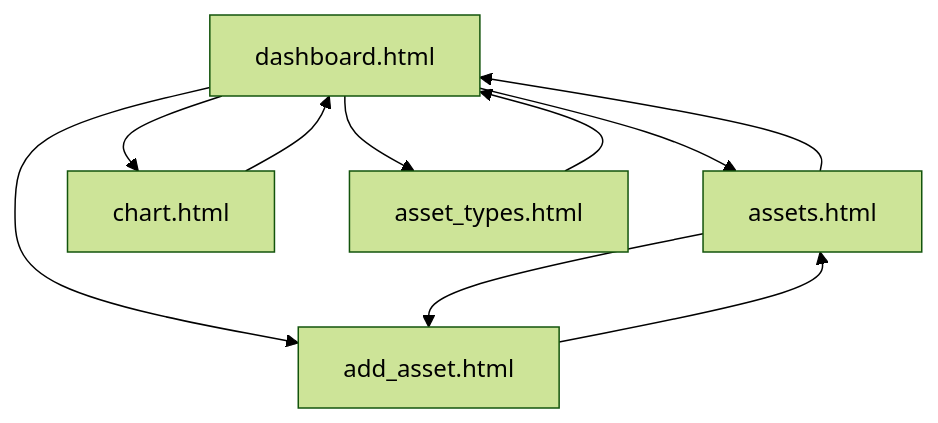
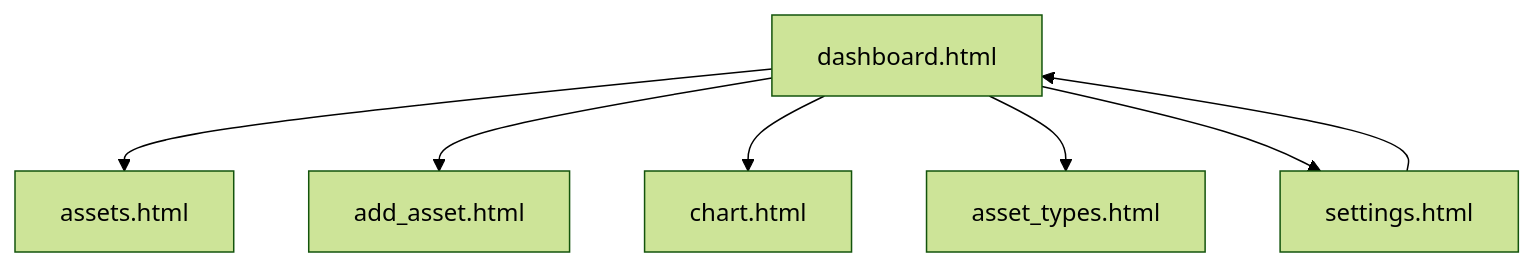
The diagram in docs/05.UI 设计文档.md (tonydyb/assets_app), drawn with Mermaid (forest theme) before and after one commit. The commit also changed other lines of this file and 10 other files, not shown here.

````diff
--- a/docs/05.UI 设计文档.md
+++ b/docs/05.UI 设计文档.md
@@ -37,12 +40,9 @@
 ```mermaid
 flowchart TD
   dashboard[dashboard.html] --> assets[assets.html]
   dashboard --> addAsset[add_asset.html]
   dashboard --> chart[chart.html]
   dashboard --> types[asset_types.html]
-  assets --> dashboard
-  assets --> addAsset
-  addAsset --> assets
-  types --> dashboard
-  chart --> dashboard
+  dashboard --> settings[settings.html]
+  settings --> dashboard
 ```
````
